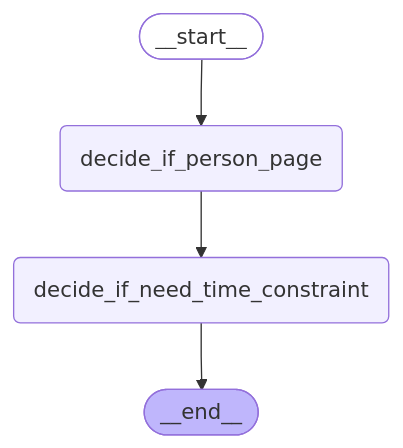
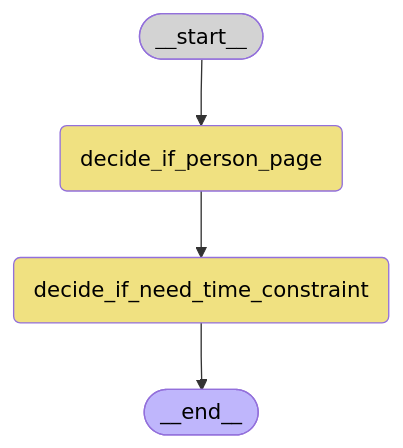
Before and after one commit to nestauk/dsp_nesta_brain: the diagram in documentation/langgraph_flowchart.md, drawn with Mermaid.

````diff
--- a/documentation/langgraph_flowchart.md
+++ b/documentation/langgraph_flowchart.md
@@ -11,14 +11,14 @@
 ```mermaid
 %%{init: {'flowchart': {'curve': 'linear'}}}%%
 graph TD;
 	__start__([<p>__start__</p>]):::first
 	decide_if_person_page(decide_if_person_page)
 	decide_if_need_time_constraint(decide_if_need_time_constraint)
 	__end__([<p>__end__</p>]):::last
 	__start__ --> decide_if_person_page;
 	decide_if_need_time_constraint --> __end__;
 	decide_if_person_page --> decide_if_need_time_constraint;
-	classDef default fill:#f2f0ff,line-height:1.2
-	classDef first fill-opacity:0
+	classDef default fill:#f0e181,line-height:1.2,color:black
+	classDef first fill:lightgrey
 	classDef last fill:#bfb6fc
 ```
````
